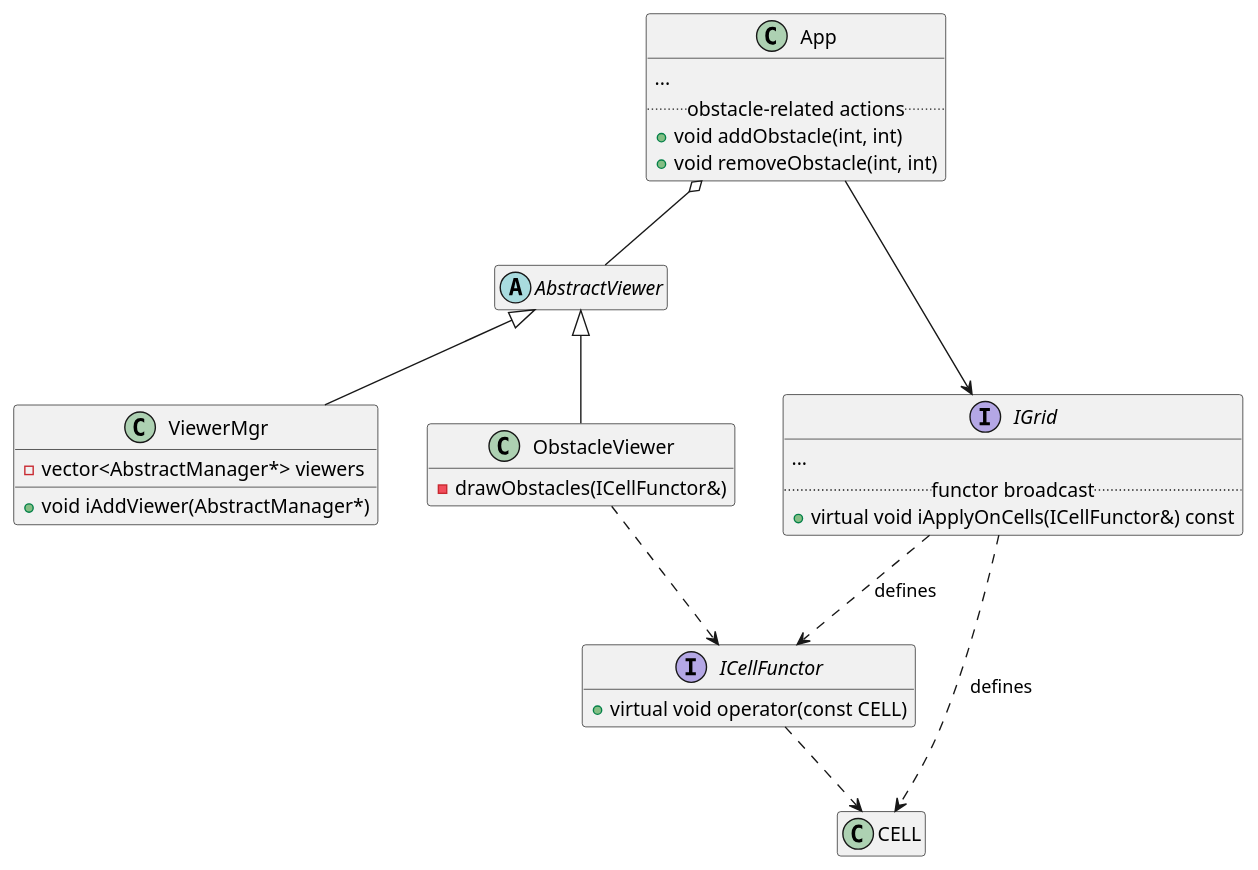
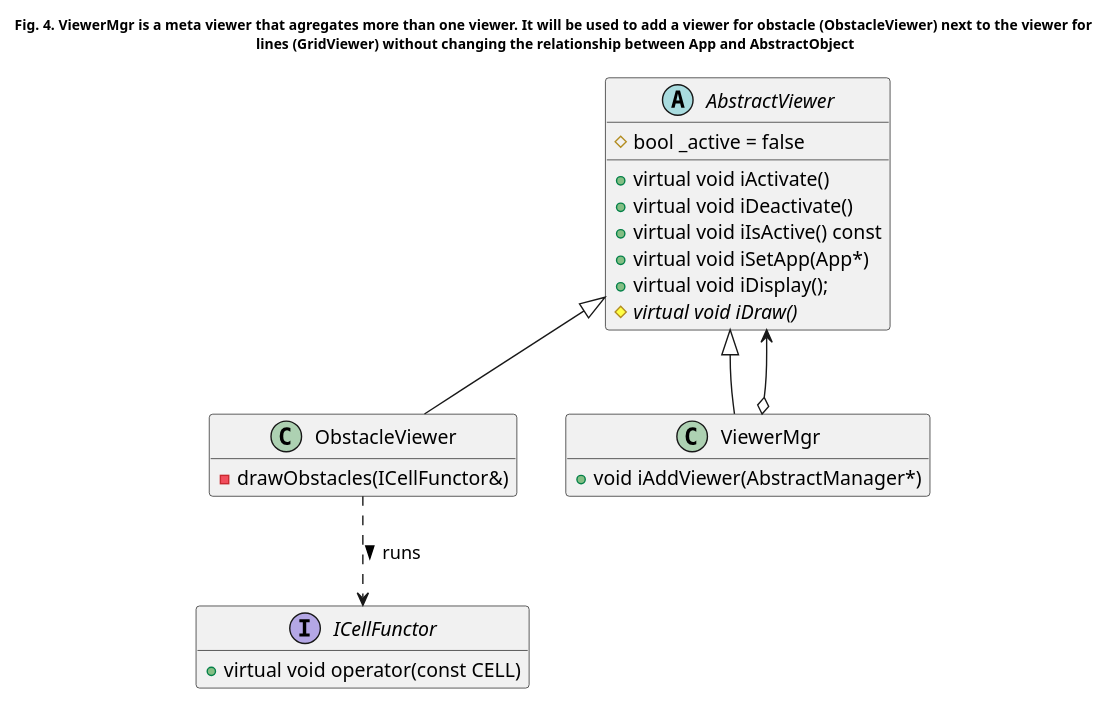
The fourth of 4 diagrams in _posts/modsim/2020-10-04-2d-grid-obstacles.md (kanmeugne/kanmeugne.github.io), drawn with PlantUML before and after one commit. The commit also changed other lines of this file and 2 other files, not shown here.

Commit message:
improve graphics and article structure

```diff
--- a/_posts/modsim/2020-10-04-2d-grid-obstacles.md
+++ b/_posts/modsim/2020-10-04-2d-grid-obstacles.md
@@ -126,50 +194,30 @@
 {% plantuml %}
 @startuml
+title
+<size:10> Fig. 4. ViewerMgr is a meta viewer that agregates more than one viewer. It will be used to add a viewer for obstacle (ObstacleViewer) next to the viewer for </size>
+<size:10> lines (GridViewer) without changing the relationship between App and AbstractObject</size>
+end title
 interface ICellFunctor {
     + virtual void operator(const CELL)
 }
 abstract class AbstractViewer {
     + virtual void iActivate()
     + virtual void iDeactivate()
     + virtual void iIsActive() const
     + virtual void iSetApp(App*)
     + virtual void iDisplay();
     # {abstract} virtual void iDraw()
     # bool _active = false
 }
-class App {
-    ...
-    .. obstacle-related actions ..
-    + void addObstacle(int, int)
-    + void removeObstacle(int, int)
-}
-class CELL {
-    + int id
-    + int state
-}
-class ViewerMgr extends AbstractViewer {
-    - vector<AbstractManager*> viewers
-    + void iAddViewer(AbstractManager*)
-}
 class ObstacleViewer extends AbstractViewer {
     - drawObstacles(ICellFunctor&)
 }
-interface IGrid {
-    ...
-    .. functor broadcast ..
-	+ virtual void iApplyOnCells(ICellFunctor&) const
+class ViewerMgr extends AbstractViewer {
+    + void iAddViewer(AbstractManager*)
 }
-IGrid ..> CELL : defines
-App --> IGrid
-App o-- AbstractViewer
-IGrid ..> ICellFunctor : defines
-ICellFunctor ..> CELL
-ObstacleViewer ..> ICellFunctor
-
-hide App fields
-hide AbstractViewer members
-hide CELL members
-hide ICellFunctor fields
-hide ObstacleViewer fields
-@enduml
+ViewerMgr o--> AbstractViewer
+ObstacleViewer ..> ICellFunctor : runs >
+hide ObstacleViewer field
+hide ICellFunctor field
+hide ViewerMgr field
 {% endplantuml %}
```
